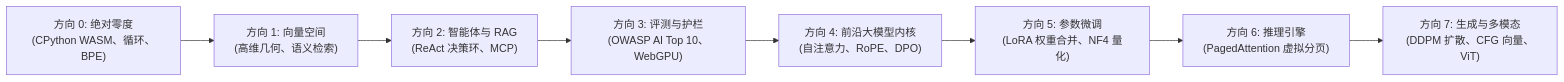
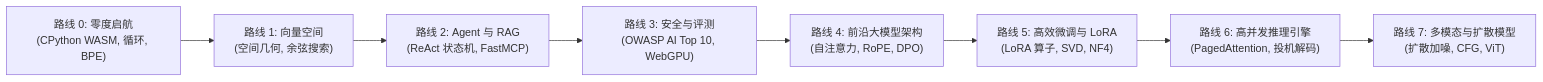
The first of 2 diagrams in docs/translations/README_zh.md (Adilrafiq001/OpenGuideForAI), drawn with Mermaid before and after one commit. The commit also changed other lines of this file and 19 other files, not shown here.

````diff
--- a/docs/translations/README_zh.md
+++ b/docs/translations/README_zh.md
@@ -110,13 +74,13 @@
 ```mermaid
 graph LR
-    T0["方向 0: 绝对零度<br/>(CPython WASM、循环、BPE)"]
-    T1["方向 1: 向量空间<br/>(高维几何、语义检索)"]
-    T2["方向 2: 智能体与 RAG<br/>(ReAct 决策环、MCP)"]
-    T3["方向 3: 评测与护栏<br/>(OWASP AI Top 10、WebGPU)"]
-    T4["方向 4: 前沿大模型内核<br/>(自注意力、RoPE、DPO)"]
-    T5["方向 5: 参数微调<br/>(LoRA 权重合并、NF4 量化)"]
-    T6["方向 6: 推理引擎<br/>(PagedAttention 虚拟分页)"]
-    T7["方向 7: 生成与多模态<br/>(DDPM 扩散、CFG 向量、ViT)"]
+    T0["路线 0: 零度启航<br/>(CPython WASM, 循环, BPE)"]
+    T1["路线 1: 向量空间<br/>(空间几何, 余弦搜索)"]
+    T2["路线 2: Agent 与 RAG<br/>(ReAct 状态机, FastMCP)"]
+    T3["路线 3: 安全与评测<br/>(OWASP AI Top 10, WebGPU)"]
+    T4["路线 4: 前沿大模型架构<br/>(自注意力, RoPE, DPO)"]
+    T5["路线 5: 高效微调与 LoRA<br/>(LoRA 算子, SVD, NF4)"]
+    T6["路线 6: 高并发推理引擎<br/>(PagedAttention, 投机解码)"]
+    T7["路线 7: 多模态与扩散模型<br/>(扩散加噪, CFG, ViT)"]
 
     T0 --> T1 --> T2 --> T3 --> T4 --> T5 --> T6 --> T7
 ```
````
